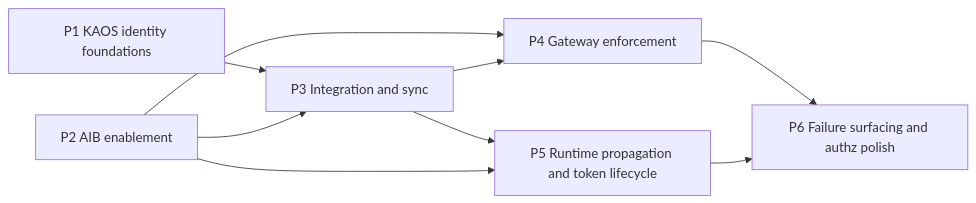
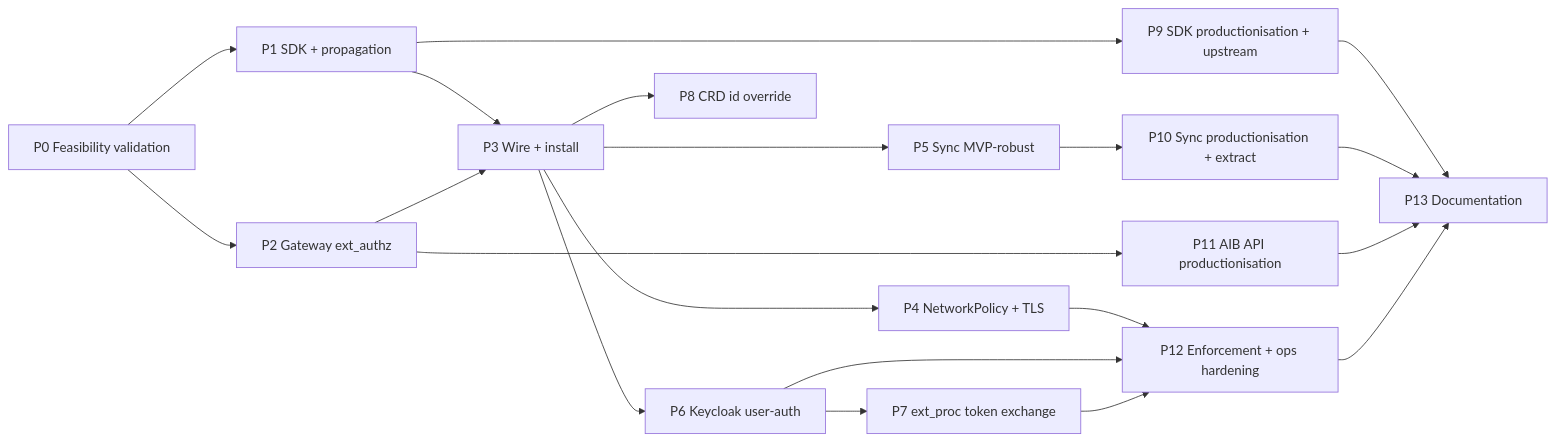
Before and after one commit to axsaucedo/kaos-adrs: the diagram in security-and-identity/plan/proposed-split.md, drawn with Mermaid. The commit also changed other lines of this file and 3 other files, not shown here.

````diff
--- a/security-and-identity/plan/proposed-split.md
+++ b/security-and-identity/plan/proposed-split.md
@@ -117,11 +192,22 @@
 ```mermaid
 graph LR
-  P1[P1 KAOS identity foundations] --> P3[P3 Integration and sync]
-  P2[P2 AIB enablement] --> P3
-  P2 --> P4[P4 Gateway enforcement]
-  P3 --> P4
-  P3 --> P5[P5 Runtime propagation and token lifecycle]
-  P2 --> P5
-  P4 --> P6[P6 Failure surfacing and authz polish]
-  P5 --> P6
+  P0[P0 Feasibility validation] --> P1[P1 SDK + propagation]
+  P0 --> P2[P2 Gateway ext_authz]
+  P1 --> P3[P3 Wire + install]
+  P2 --> P3
+  P3 --> P4[P4 NetworkPolicy + TLS]
+  P3 --> P5[P5 Sync MVP-robust]
+  P3 --> P6[P6 Keycloak user-auth]
+  P3 --> P8[P8 CRD id override]
+  P6 --> P7[P7 ext_proc token exchange]
+  P1 --> P9[P9 SDK productionisation + upstream]
+  P5 --> P10[P10 Sync productionisation + extract]
+  P2 --> P11[P11 AIB API productionisation]
+  P4 --> P12[P12 Enforcement + ops hardening]
+  P6 --> P12
+  P7 --> P12
+  P9 --> P13[P13 Documentation]
+  P10 --> P13
+  P11 --> P13
+  P12 --> P13
 ```
````
